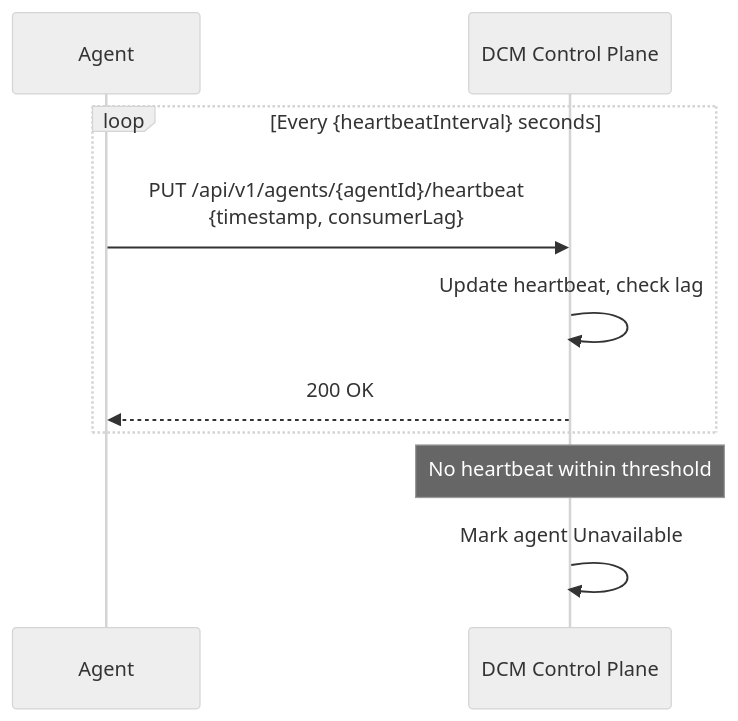
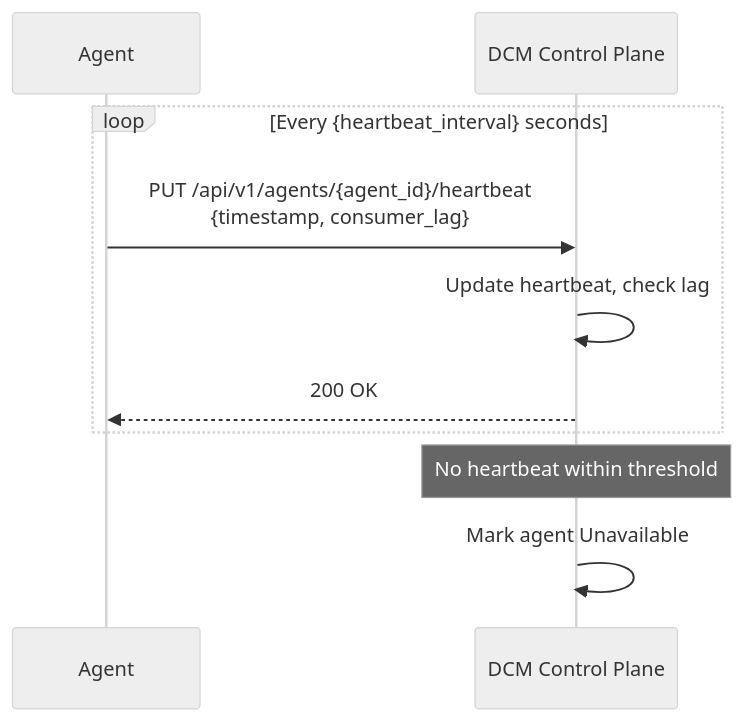
Before and after one commit to dcm-project/enhancements: diagram 11 of 23 in enhancements/user-flows/user-flows.md, drawn with Mermaid (neutral theme). The commit also changed other lines of this file and 19 other files, not shown here.

````diff
--- a/enhancements/user-flows/user-flows.md
+++ b/enhancements/user-flows/user-flows.md
@@ -698,14 +698,14 @@
 ```mermaid
 sequenceDiagram
     participant AG as Agent
     participant DCM as DCM Control Plane
 
-    loop Every {heartbeatInterval} seconds
-        AG->>DCM: PUT /api/v1/agents/{agentId}/heartbeat<br/>{timestamp, consumerLag}
+    loop Every {heartbeat_interval} seconds
+        AG->>DCM: PUT /api/v1/agents/{agent_id}/heartbeat<br/>{timestamp, consumer_lag}
         DCM->>DCM: Update heartbeat, check lag
         DCM-->>AG: 200 OK
     end
 
     Note over DCM: No heartbeat within threshold
     DCM->>DCM: Mark agent Unavailable
 ```
````
